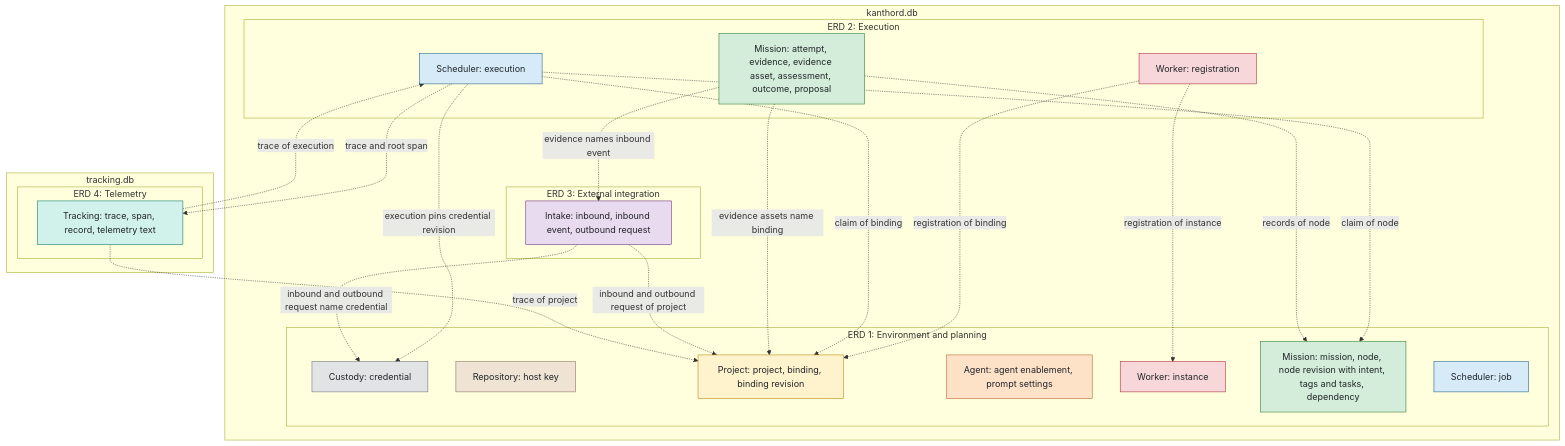
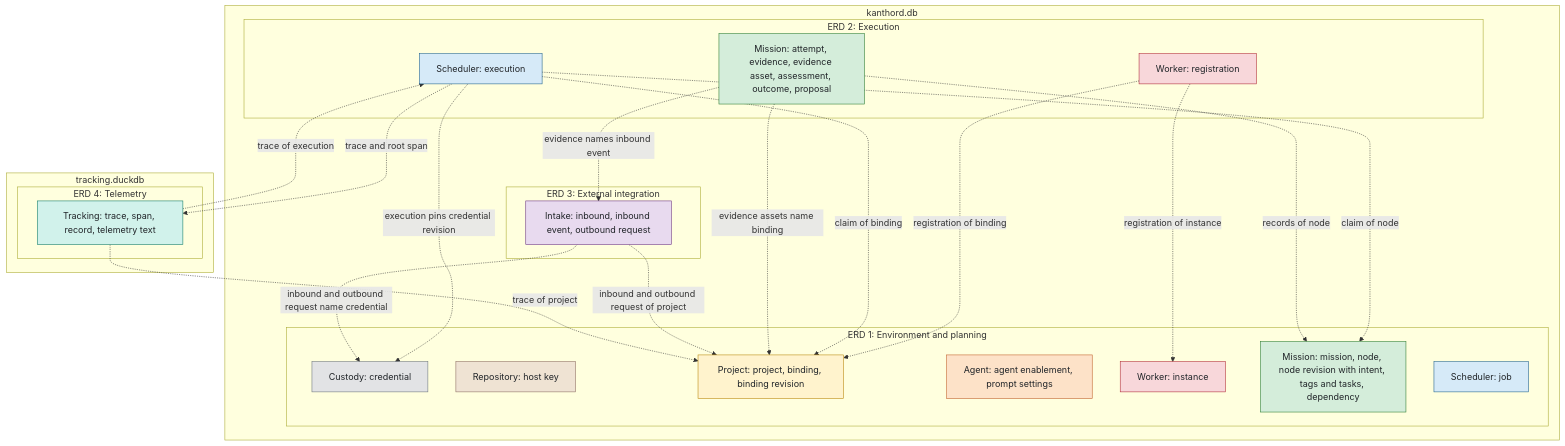
Before and after one commit to kanthorlabs/kanthord: the diagram in docs/reference/erd/README.md, drawn with Mermaid. The commit also changed other lines of this file and 4 other files, not shown here.

Commit message:
docs(tracking): store the telemetry in DuckDB and add the timeline and the analytics reads

````diff
--- a/docs/reference/erd/README.md
+++ b/docs/reference/erd/README.md
@@ -32,63 +32,63 @@
 ```mermaid
 flowchart TB
     subgraph db1["kanthord.db"]
         subgraph v1["ERD 1: Environment and planning"]
             c1["Custody: credential"]
             r1["Repository: host key"]
             p1["Project: project, binding, binding revision"]
             a1["Agent: agent enablement, prompt settings"]
             w1["Worker: instance"]
             m1["Mission: mission, node, node revision with intent, tags and tasks, dependency"]
             s1["Scheduler: job"]
         end
         subgraph v2["ERD 2: Execution"]
             w2["Worker: registration"]
             s2["Scheduler: execution"]
             m2["Mission: attempt, evidence, evidence asset, assessment, outcome, proposal"]
         end
         subgraph v3["ERD 3: External integration"]
             i3["Intake: inbound, inbound event, outbound request"]
         end
     end
-    subgraph db2["tracking.db"]
+    subgraph db2["tracking.duckdb"]
         subgraph v4["ERD 4: Telemetry"]
             t4["Tracking: trace, span, record, telemetry text"]
         end
     end
 
     w2 -.->|registration of binding| p1
     w2 -.->|registration of instance| w1
     s2 -.->|claim of node| m1
     s2 -.->|claim of binding| p1
     s2 -.->|execution pins credential revision| c1
     m2 -.->|records of node| m1
     m2 -.->|evidence assets name binding| p1
 
     i3 -.->|inbound and outbound request of project| p1
     i3 -.->|inbound and outbound request name credential| c1
     m2 -.->|evidence names inbound event| i3
 
     t4 -.->|trace of execution| s2
     s2 -.->|trace and root span| t4
     t4 -.->|trace of project| p1
 
     classDef custody fill:#e2e3e5,stroke:#6c757d,color:#212529
     classDef repository fill:#efe3d3,stroke:#8d6e63,color:#212529
     classDef project fill:#fff3cd,stroke:#b8860b,color:#212529
     classDef worker fill:#f8d7da,stroke:#b02a37,color:#212529
     classDef agent fill:#fde2c8,stroke:#c0602b,color:#212529
     classDef mission fill:#d4edda,stroke:#2e7d32,color:#212529
     classDef scheduler fill:#d6eaf8,stroke:#1f618d,color:#212529
     classDef intake fill:#e8daef,stroke:#6c3483,color:#212529
     classDef tracking fill:#d1f2eb,stroke:#117a65,color:#212529
 
     class c1 custody
     class r1 repository
     class p1 project
     class w1,w2 worker
     class a1 agent
     class m1,m2 mission
     class s1,s2 scheduler
     class i3 intake
     class t4 tracking
 ```
````
